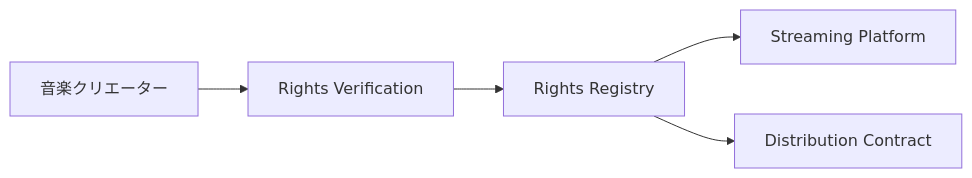
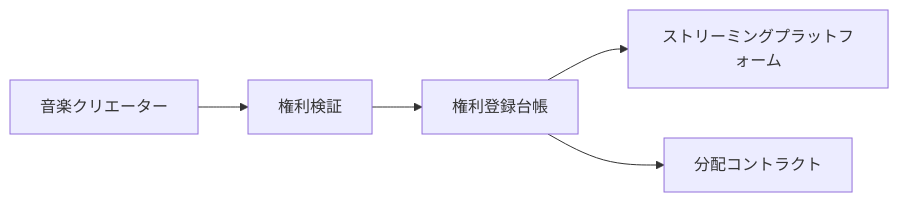
The ninth of 29 diagrams in docs/whitepaper/05-creator-onboarding.md (ShigeichiroYamasaki/creator-first-platform), drawn with Mermaid before and after one commit. The commit also changed other lines of this file and 72 other files, not shown here.

````diff
--- a/docs/whitepaper/05-creator-onboarding.md
+++ b/docs/whitepaper/05-creator-onboarding.md
@@ -313,13 +313,13 @@
 ```mermaid
 flowchart LR
     CREATOR[音楽クリエーター]
-    VERIFY[Rights Verification]
-    REG[Rights Registry]
-    STREAM[Streaming Platform]
-    SC[Distribution Contract]
+    VERIFY[権利検証]
+    REG[権利登録台帳]
+    STREAM[ストリーミングプラットフォーム]
+    SC[分配コントラクト]
 
     CREATOR --> VERIFY
     VERIFY --> REG
     REG --> STREAM
     REG --> SC
 ```
````
